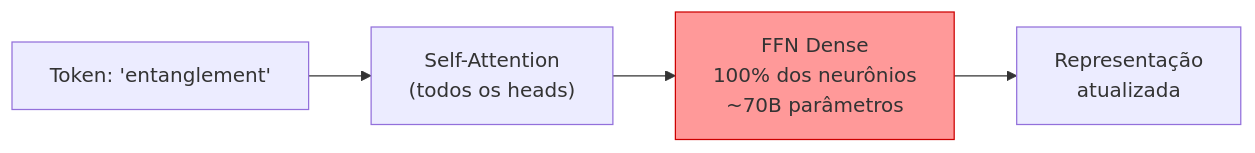
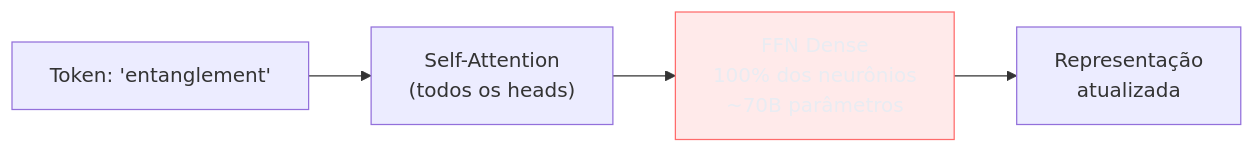
One commit to josenaldo/codex-technomanticus changed the first of 4 diagrams in 03-Dominios/Tecnologia/IA/Anatomia dos LLMs/09 - Dense vs Mixture-of-Experts.md. Above: the diagram before and after it, drawn with Mermaid. The commit also changed other lines of this file and 1181 other files, not shown here.

First line of the commit message:
fix(diagramas): paleta do sistema no lugar de cor cravada no markdown

````diff
--- a/03-Dominios/Tecnologia/IA/Anatomia dos LLMs/09 - Dense vs Mixture-of-Experts.md
+++ b/03-Dominios/Tecnologia/IA/Anatomia dos LLMs/09 - Dense vs Mixture-of-Experts.md
@@ -57,7 +57,8 @@
 ```mermaid
 graph LR
+    classDef falha fill:#FF6B6B24,stroke:#FF6B6B,color:#E9ECF2
     A["Token: 'entanglement'"] --> B["Self-Attention\n(todos os heads)"]
     B --> C["FFN Dense\n100% dos neurônios\n~70B parâmetros"]
     C --> D["Representação\natualizada"]
-    style C fill:#ff9999,stroke:#cc0000
+    class C falha
 ```
````
